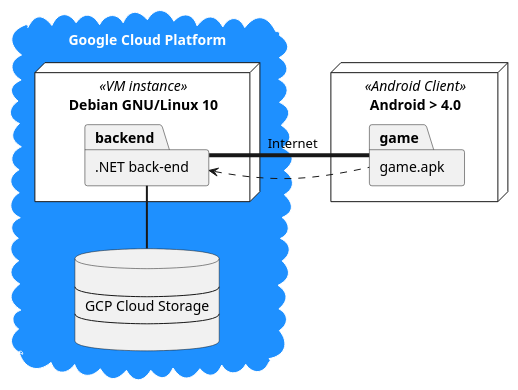
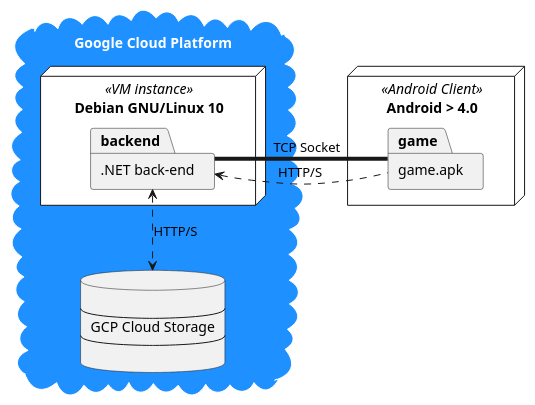
One commit to SWA-group-1/PlantUML changed the diagram in Physical/Deployment/Deployed.puml. Above: the diagram before and after it, drawn with PlantUML. The commit also changed 3 other files, not shown here.

Commit message:
Update deployment diagrams

```diff
--- a/Physical/Deployment/Deployed.puml
+++ b/Physical/Deployment/Deployed.puml
@@ -1,29 +1,29 @@
 @startuml
 'https://plantuml.com/deployment-diagram
 
 node "Android > 4.0" <<Android Client>> {
     package game as "game.apk"
 }
 
 cloud "Google Cloud Platform" #DodgerBlue;line:White;text:White {
     node "Debian GNU/Linux 10" <<VM instance>> #White {
         package backend [
             .NET back-end
         ]
     }
 
     database firestore [
 
 ----
 GCP Cloud Storage
 ----
 
     ]
 
-    backend -[thickness=2]- firestore
+    backend <..> firestore : "HTTP/S"
 }
 
-backend -[thickness=4]right- game : "            Internet          "
-backend <.right. game : "             "
+backend -[thickness=4]right- game : "            TCP Socket         "
+backend <.right. game : "      HTTP/S       "
 
 @enduml
```
